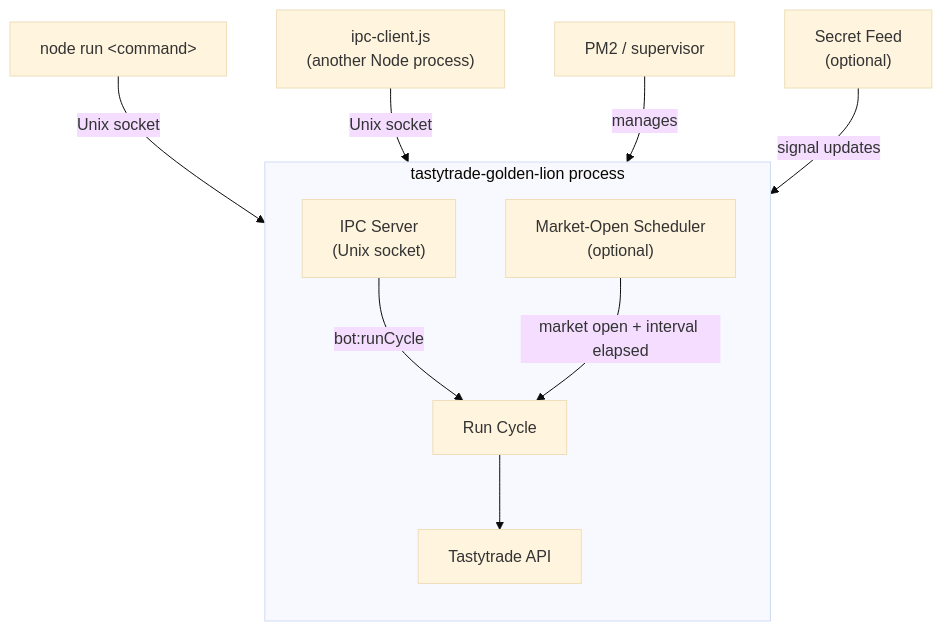
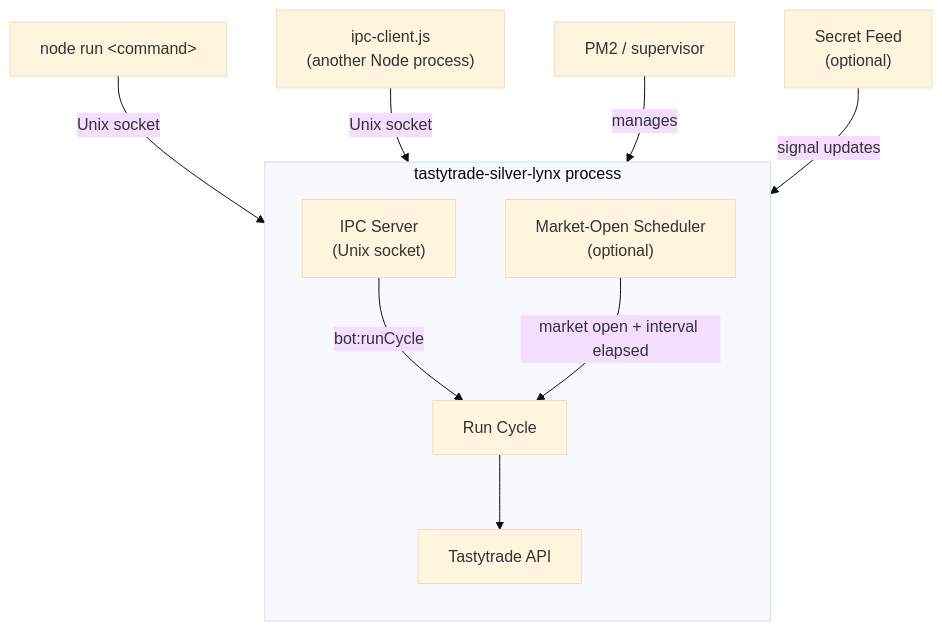
The diagram in README.md (chiefsmurph/tastytrade-golden-lion), drawn with Mermaid (base theme) before and after one commit. The commit also changed other lines of this file and 22 other files, not shown here.

First line of the commit message:
chore: rename tastytrade-golden-lion → tastytrade-silver-lynx

````diff
--- a/README.md
+++ b/README.md
@@ -31,20 +31,20 @@
 ```mermaid
 flowchart TD
     PM2["PM2 / supervisor"] -->|manages| Process
 
-    subgraph Process["tastytrade-golden-lion process"]
+    subgraph Process["tastytrade-silver-lynx process"]
         direction TB
         IPC["IPC Server\n(Unix socket)"]
         Sched["Market-Open Scheduler\n(optional)"]
         Cycle["Run Cycle"]
         Tasty["Tastytrade API"]
 
         IPC -->|"bot:runCycle"| Cycle
         Sched -->|"market open + interval elapsed"| Cycle
         Cycle --> Tasty
     end
 
     SecretFeed["Secret Feed\n(optional)"] -->|signal updates| Process
     CLI["node run &lt;command&gt;"] -->|Unix socket| IPC
     ExtClient["ipc-client.js\n(another Node process)"] -->|Unix socket| IPC
 ```
````
